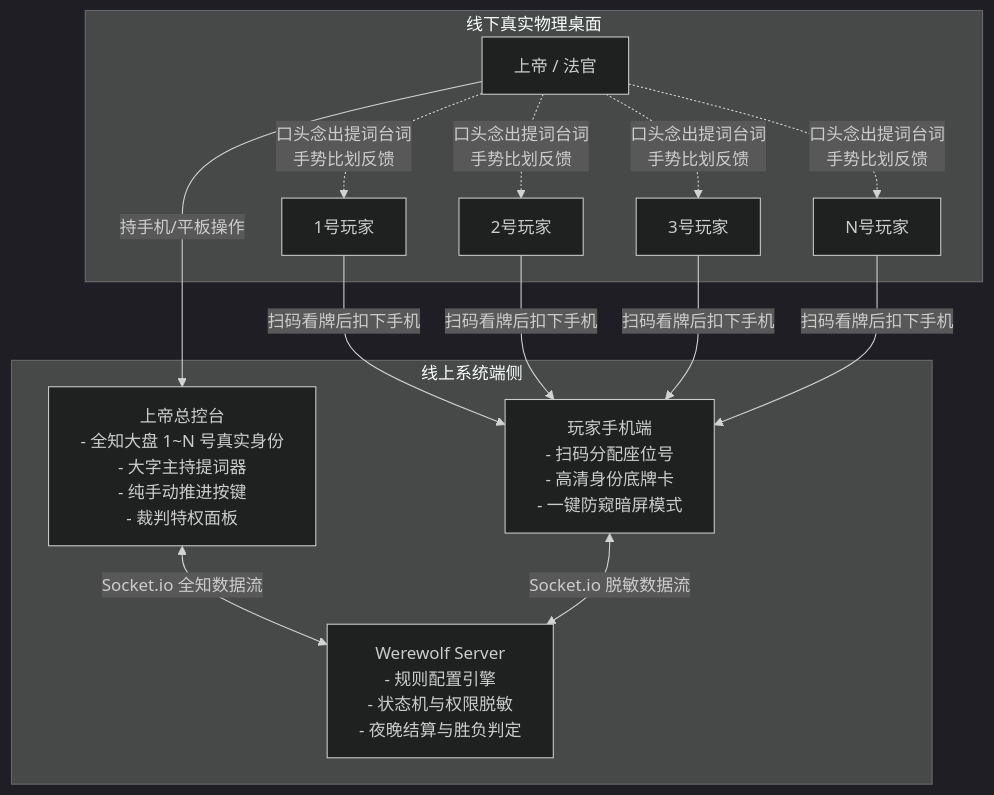
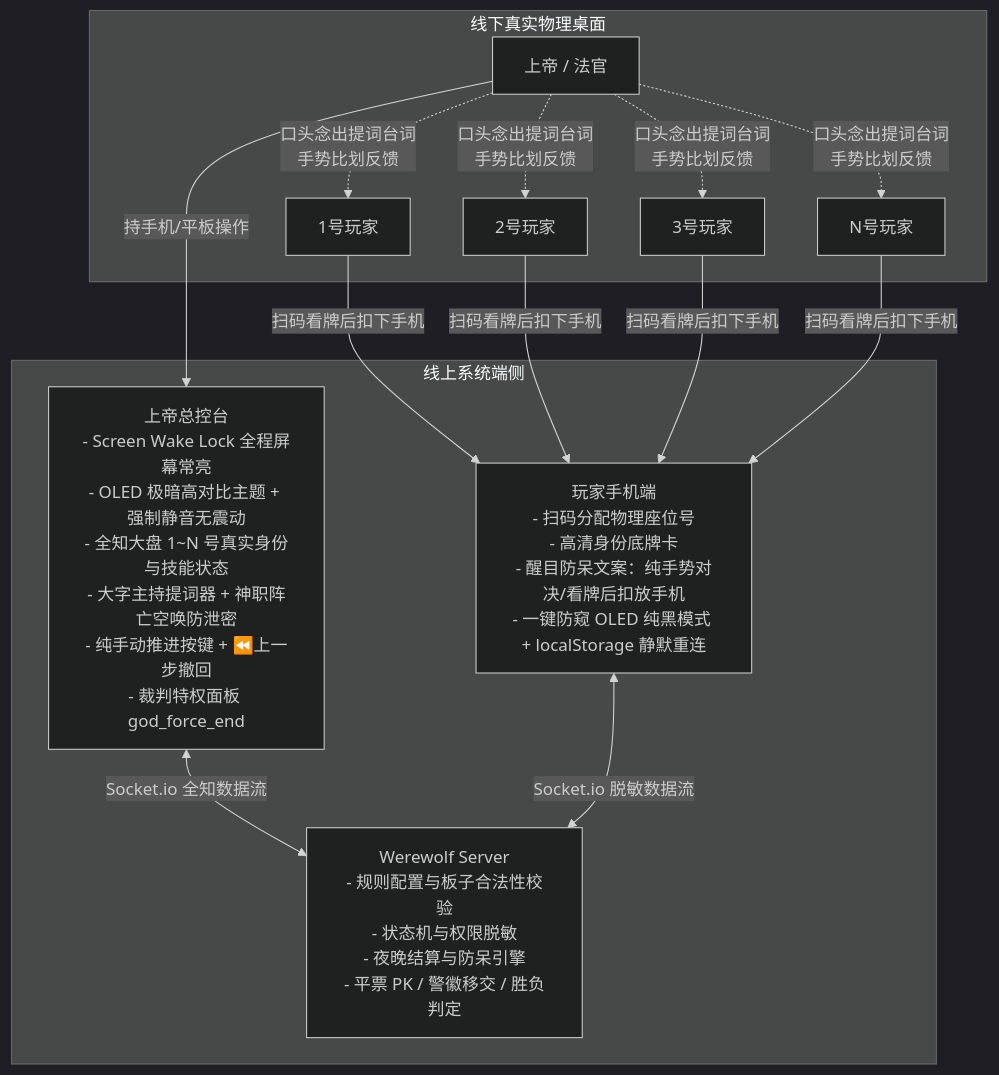
One commit to dream-327/party-games changed the first of 3 diagrams in 狼人杀线下上帝模式设计方案.md. Above: the diagram before and after it, drawn with Mermaid (dark theme). The commit also changed other lines of this file and 3 other files, not shown here.

Commit message:
docs: revise werewolf offline god mode design spec and plan with anti-leak and robust rules

````diff
--- a/狼人杀线下上帝模式设计方案.md
+++ b/狼人杀线下上帝模式设计方案.md
@@ -25,22 +26,22 @@
 ```mermaid
 graph TD
     subgraph 线下真实物理桌面
         P1[1号玩家]
         P2[2号玩家]
         P3[3号玩家]
         PN[N号玩家]
         God[上帝 / 法官]
     end
 
     subgraph 线上系统端侧
-        GodApp[上帝总控台<br/>- 全知大盘 1~N 号真实身份<br/>- 大字主持提词器<br/>- 纯手动推进按键<br/>- 裁判特权面板]
-        PlayerApp[玩家手机端<br/>- 扫码分配座位号<br/>- 高清身份底牌卡<br/>- 一键防窥暗屏模式]
-        Server[Werewolf Server<br/>- 规则配置引擎<br/>- 状态机与权限脱敏<br/>- 夜晚结算与胜负判定]
+        GodApp[上帝总控台<br/>- Screen Wake Lock 全程屏幕常亮<br/>- OLED 极暗高对比主题 + 强制静音无震动<br/>- 全知大盘 1~N 号真实身份与技能状态<br/>- 大字主持提词器 + 神职阵亡空唤防泄密<br/>- 纯手动推进按键 + ⏪上一步撤回<br/>- 裁判特权面板 god_force_end]
+        PlayerApp[玩家手机端<br/>- 扫码分配物理座位号<br/>- 高清身份底牌卡<br/>- 醒目防呆文案：纯手势对决/看牌后扣放手机<br/>- 一键防窥 OLED 纯黑模式 + localStorage 静默重连]
+        Server[Werewolf Server<br/>- 规则配置与板子合法性校验<br/>- 状态机与权限脱敏<br/>- 夜晚结算与防呆引擎<br/>- 平票 PK / 警徽移交 / 胜负判定]
     end
 
     God -->|持手机/平板操作| GodApp
     P1 & P2 & P3 & PN -->|扫码看牌后扣下手机| PlayerApp
     GodApp <-->|Socket.io 全知数据流| Server
     PlayerApp <-->|Socket.io 脱敏数据流| Server
     God -.->|口头念出提词台词<br/>手势比划反馈| P1 & P2 & P3 & PN
 ```
````
